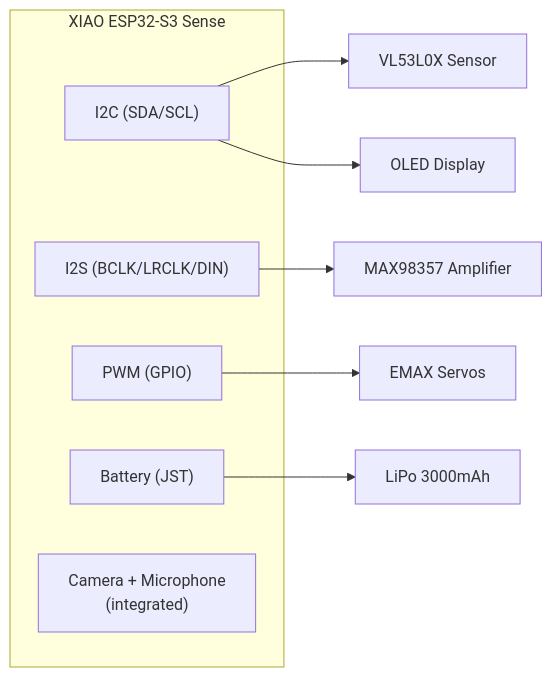
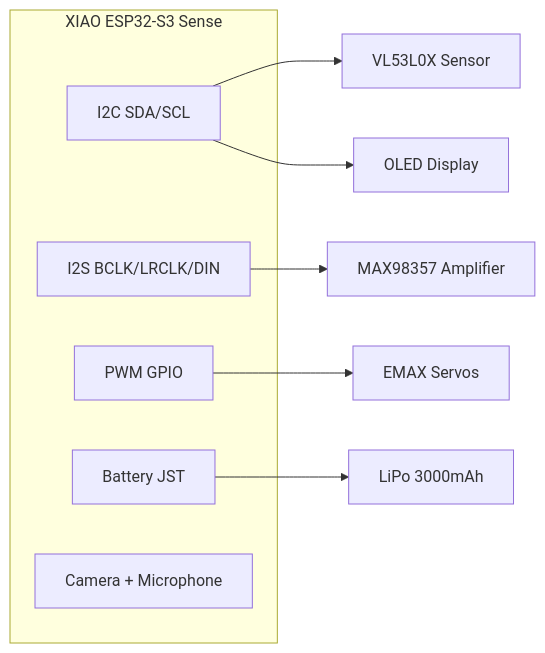
The second of 8 diagrams in README.md (zabbix-byte/real-tars), drawn with Mermaid before and after one commit. The commit also changed other lines of this file and 2 other files, not shown here.

Commit message:
refactor: update architecture diagrams and component descriptions in README files

````diff
--- a/README.md
+++ b/README.md
@@ -269,16 +271,16 @@
 ```mermaid
 graph LR
     subgraph ESP["XIAO ESP32-S3 Sense"]
-        I2C["I2C (SDA/SCL)"]
-        I2S["I2S (BCLK/LRCLK/DIN)"]
-        PWM["PWM (GPIO)"]
-        BAT["Battery (JST)"]
-        CAM["Camera + Microphone<br/>(integrated)"]
+        I2C["I2C SDA/SCL"]
+        I2S["I2S BCLK/LRCLK/DIN"]
+        PWM["PWM GPIO"]
+        BAT["Battery JST"]
+        CAM["Camera + Microphone"]
     end
 
     I2C --> VL["VL53L0X Sensor"]
     I2C --> OLED["OLED Display"]
     I2S --> AMP["MAX98357 Amplifier"]
     PWM --> S1["EMAX Servos"]
     BAT --> LIPO["LiPo 3000mAh"]
 ```
````
